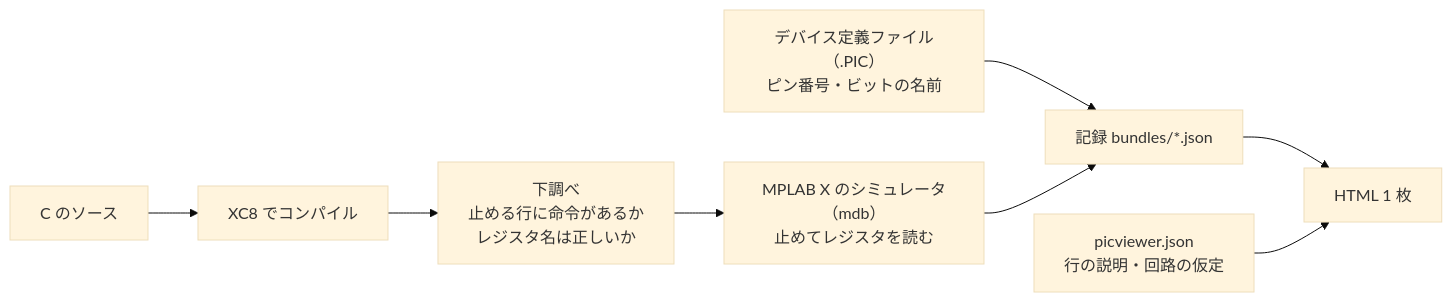
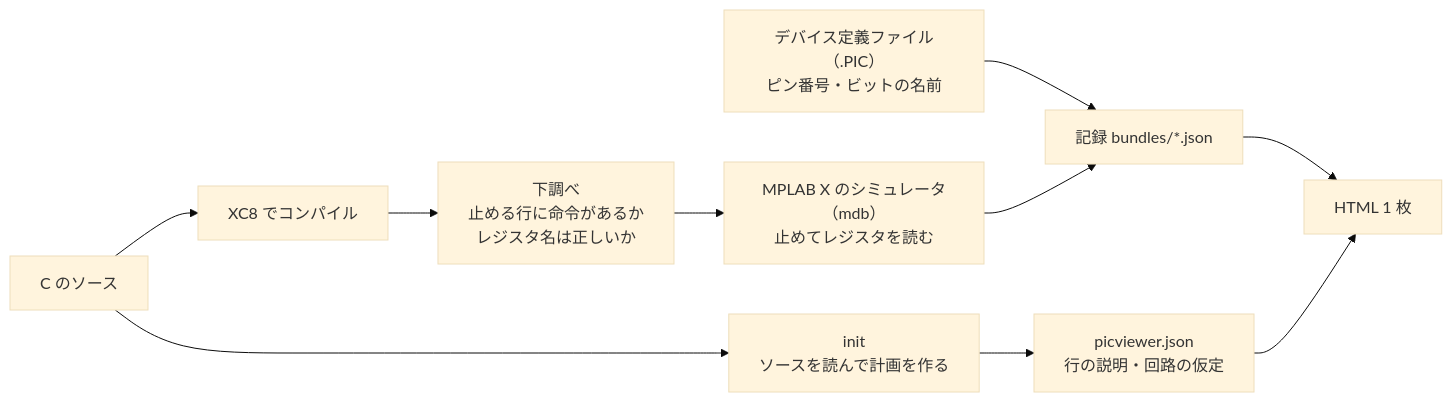
The diagram in README.md (kakuteki/pic-viewer), drawn with Mermaid (base theme) before and after one commit. The commit also changed other lines of this file and 30 other files, not shown here.

Commit message:
init でソースから計画を作って何十本もまとめてページにする、時間の図、7 セグメント LED、スイッチを何個でも、書き込みの来ない待ちの記録、.xc8 のソース（0.3.0）

````diff
--- a/README.md
+++ b/README.md
@@ -12,10 +13,12 @@
 ```mermaid
 flowchart LR
-  src["C のソース"] --> xc8["XC8 でコンパイル"]
+  src["C のソース"] --> init["init<br>ソースを読んで計画を作る"]
+  init --> cfg
+  src --> xc8["XC8 でコンパイル"]
   xc8 --> probe["下調べ<br>止める行に命令があるか<br>レジスタ名は正しいか"]
   probe --> mdb["MPLAB X のシミュレータ（mdb）<br>止めてレジスタを読む"]
   pic["デバイス定義ファイル（.PIC）<br>ピン番号・ビットの名前"] --> bundle
   mdb --> bundle["記録 bundles/*.json"]
   bundle --> html["HTML 1 枚"]
   cfg["picviewer.json<br>行の説明・回路の仮定"] --> html
 ```
````
